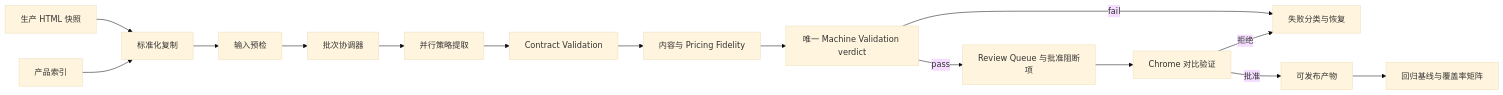
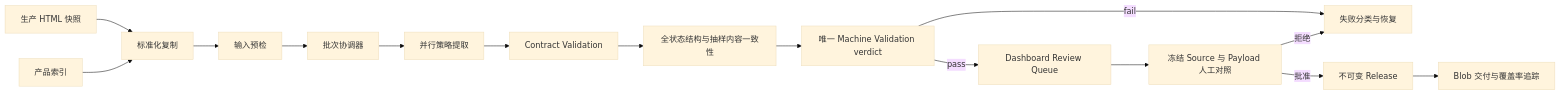
The diagram in ROADMAP.md (lvraikkonen/AzureCNArchaeologist), drawn with Mermaid (base theme) before and after one commit. The commit also changed other lines of this file and 32 other files, not shown here.

````diff
--- a/ROADMAP.md
+++ b/ROADMAP.md
@@ -86,17 +86,17 @@
 ```mermaid
 flowchart LR
     A[生产 HTML 快照] --> B[标准化复制]
     I[产品索引] --> B
     B --> C[输入预检]
     C --> D[批次协调器]
     D --> E[并行策略提取]
     E --> F[Contract Validation]
-    F --> G[内容与 Pricing Fidelity]
+    F --> G[全状态结构与抽样内容一致性]
     G --> M[唯一 Machine Validation verdict]
     M -->|fail| X[失败分类与恢复]
-    M -->|pass| H[Review Queue 与批准阻断项]
-    H --> J[Chrome 对比验证]
+    M -->|pass| H[Dashboard Review Queue]
+    H --> J[冻结 Source 与 Payload 人工对照]
     J -->|拒绝| X
-    J -->|批准| K[可发布产物]
-    K --> L[回归基线与覆盖率矩阵]
+    J -->|批准| K[不可变 Release]
+    K --> L[Blob 交付与覆盖率追踪]
 ```
````
